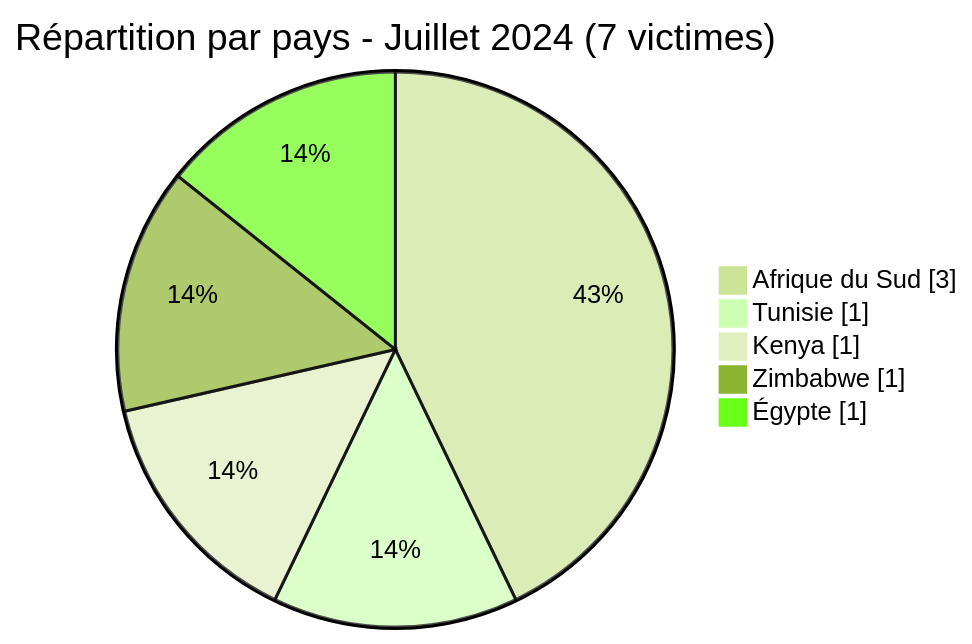
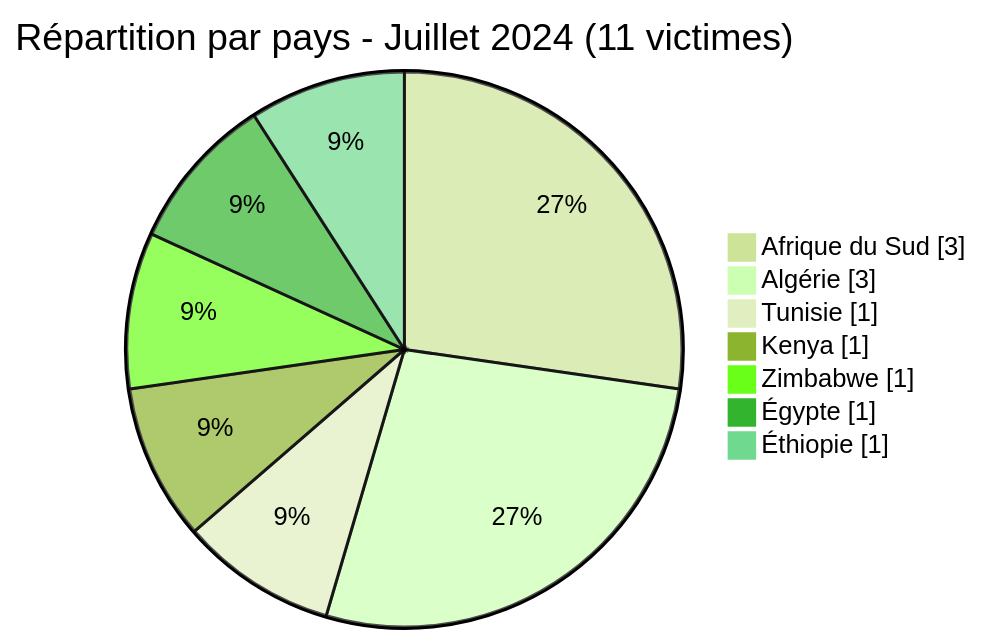
One commit to Hatchepsoute/AFRINTEL changed the second of 5 diagrams in CyberAttackAfrica/2024/07-july/README_FR.md. Above: the diagram before and after it, drawn with Mermaid (forest theme). The commit also changed other lines of this file and 255 other files, not shown here.

````diff
--- a/CyberAttackAfrica/2024/07-july/README_FR.md
+++ b/CyberAttackAfrica/2024/07-july/README_FR.md
@@ -58,9 +67,11 @@
 ```mermaid
 pie showData
-    title Répartition par pays - Juillet 2024 (7 victimes)
+    title Répartition par pays - Juillet 2024 (11 victimes)
     "Afrique du Sud" : 3
+    "Algérie" : 3
     "Tunisie" : 1
     "Kenya" : 1
     "Zimbabwe" : 1
     "Égypte" : 1
+    "Éthiopie" : 1
 ```
````
